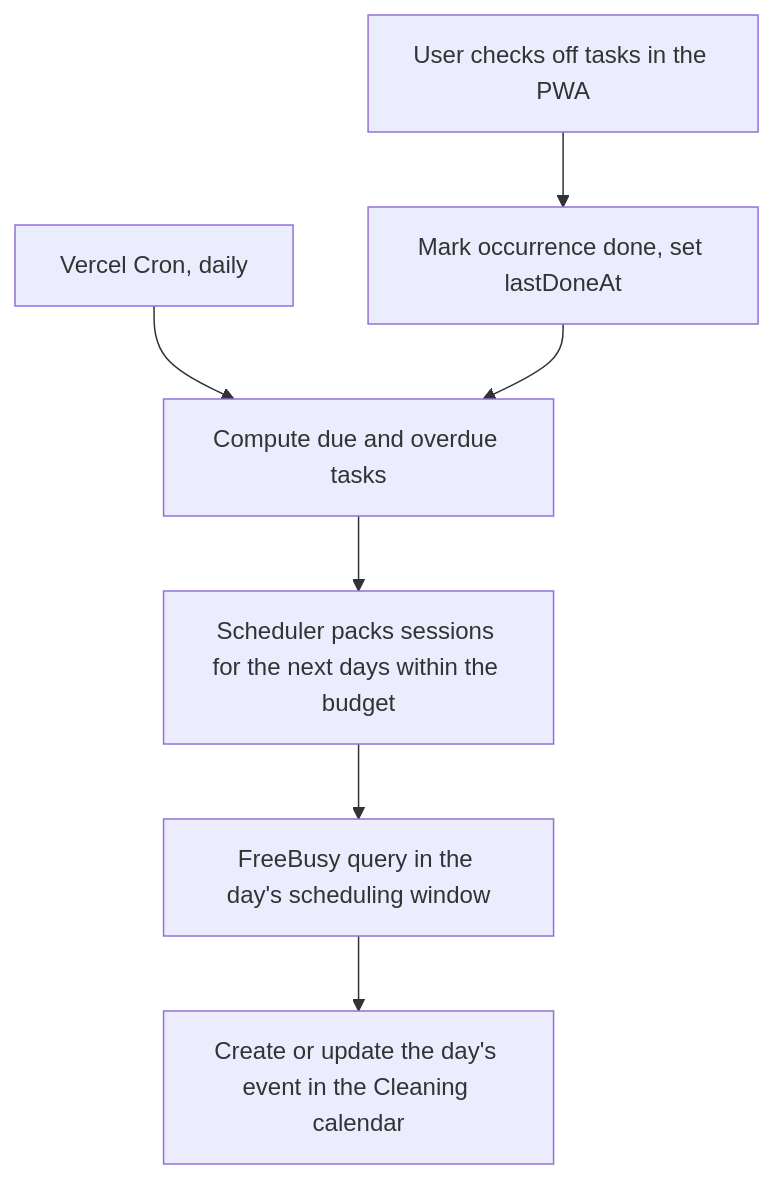
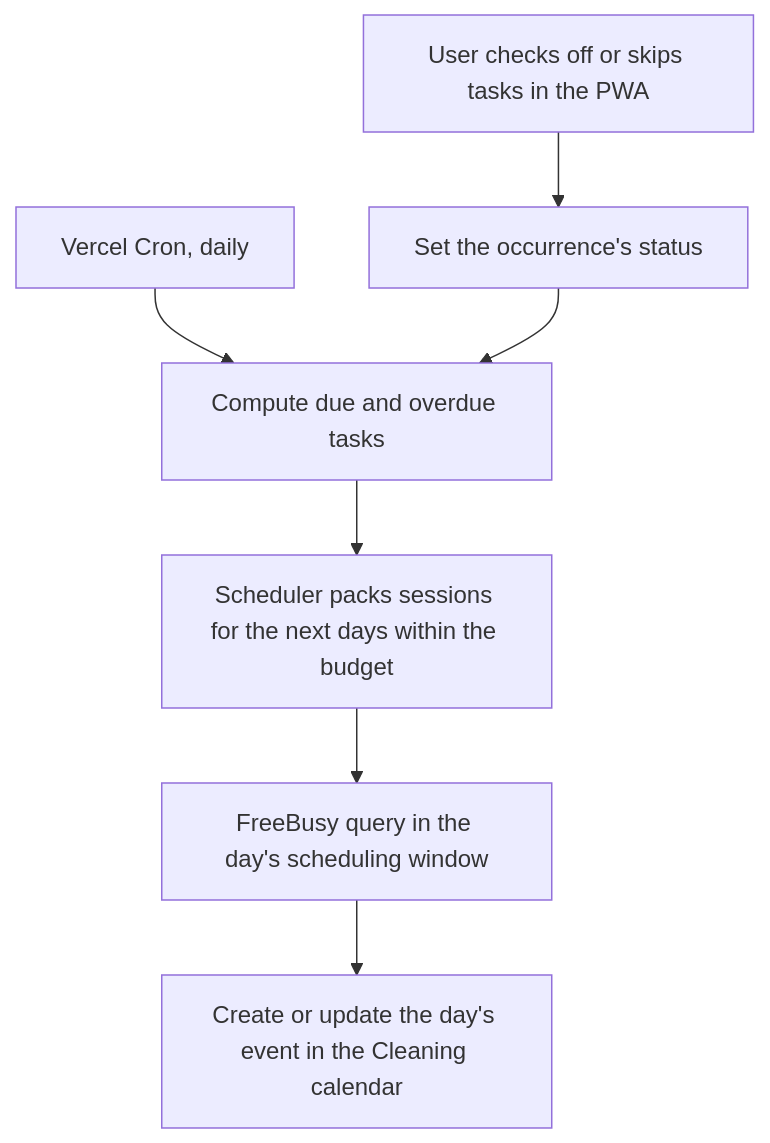
The third of 3 diagrams in docs/ARCHITECTURE.md (MrTrukiny/my_better_self), drawn with Mermaid before and after one commit. The commit also changed other lines of this file and 48 other files, not shown here.

````diff
--- a/docs/ARCHITECTURE.md
+++ b/docs/ARCHITECTURE.md
@@ -117,9 +128,9 @@
 ```mermaid
 flowchart TD
   Cron["Vercel Cron, daily"] --> Due["Compute due and overdue tasks"]
   Due --> Pack["Scheduler packs sessions for the next days within the budget"]
   Pack --> FreeBusy["FreeBusy query in the day's scheduling window"]
   FreeBusy --> Upsert["Create or update the day's event in the Cleaning calendar"]
-  CheckOff["User checks off tasks in the PWA"] --> Update["Mark occurrence done, set lastDoneAt"]
+  CheckOff["User checks off or skips tasks in the PWA"] --> Update["Set the occurrence's status"]
   Update --> Due
 ```
````
